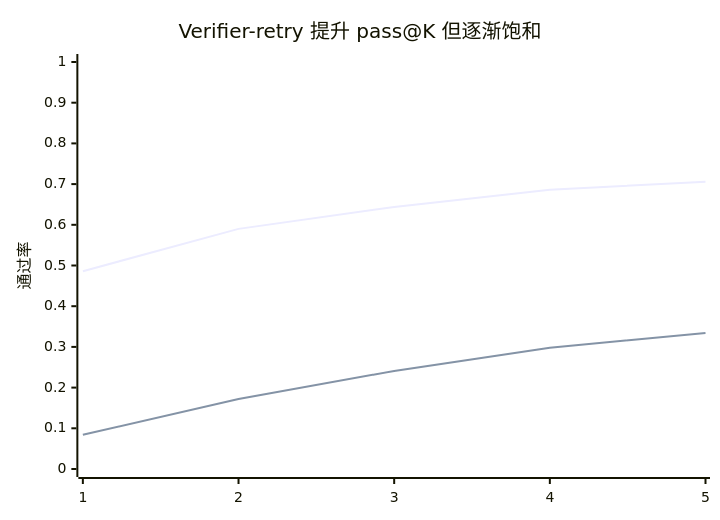
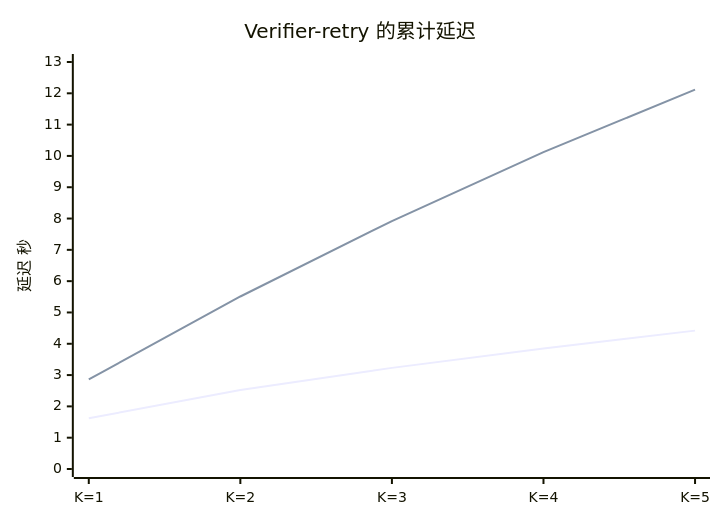
The sixth of 13 diagrams in Graph-Intervention Faithfulness草稿.md (Makal0058/obsidian-), drawn with Mermaid before and after one commit. The commit also changed other lines of this file and 14 other files, not shown here.

````diff
--- a/Graph-Intervention Faithfulness草稿.md
+++ b/Graph-Intervention Faithfulness草稿.md
@@ -1084,8 +1163,8 @@
 ```mermaid
 xychart-beta
-    title "Verifier-retry 提升 pass@K 但逐渐饱和"
-    x-axis [1, 2, 3, 4, 5]
-    y-axis "通过率" 0 --> 1
-    line "DeepSeek-Flash" [0.486, 0.590, 0.644, 0.686, 0.706]
-    line "Qwen-Max" [0.084, 0.172, 0.241, 0.298, 0.334]
+    title "Verifier-retry 的累计延迟"
+    x-axis ["K=1", "K=2", "K=3", "K=4", "K=5"]
+    y-axis "延迟 秒" 0 --> 13
+    line "DeepSeek-Flash" [1.62, 2.52, 3.23, 3.85, 4.42]
+    line "Qwen-Max" [2.86, 5.51, 7.92, 10.12, 12.12]
 ```
````
